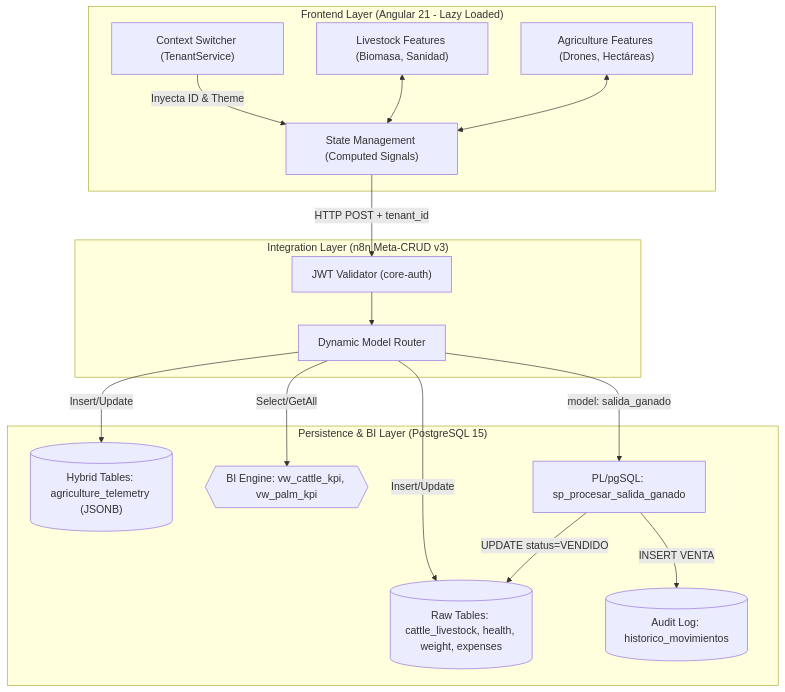
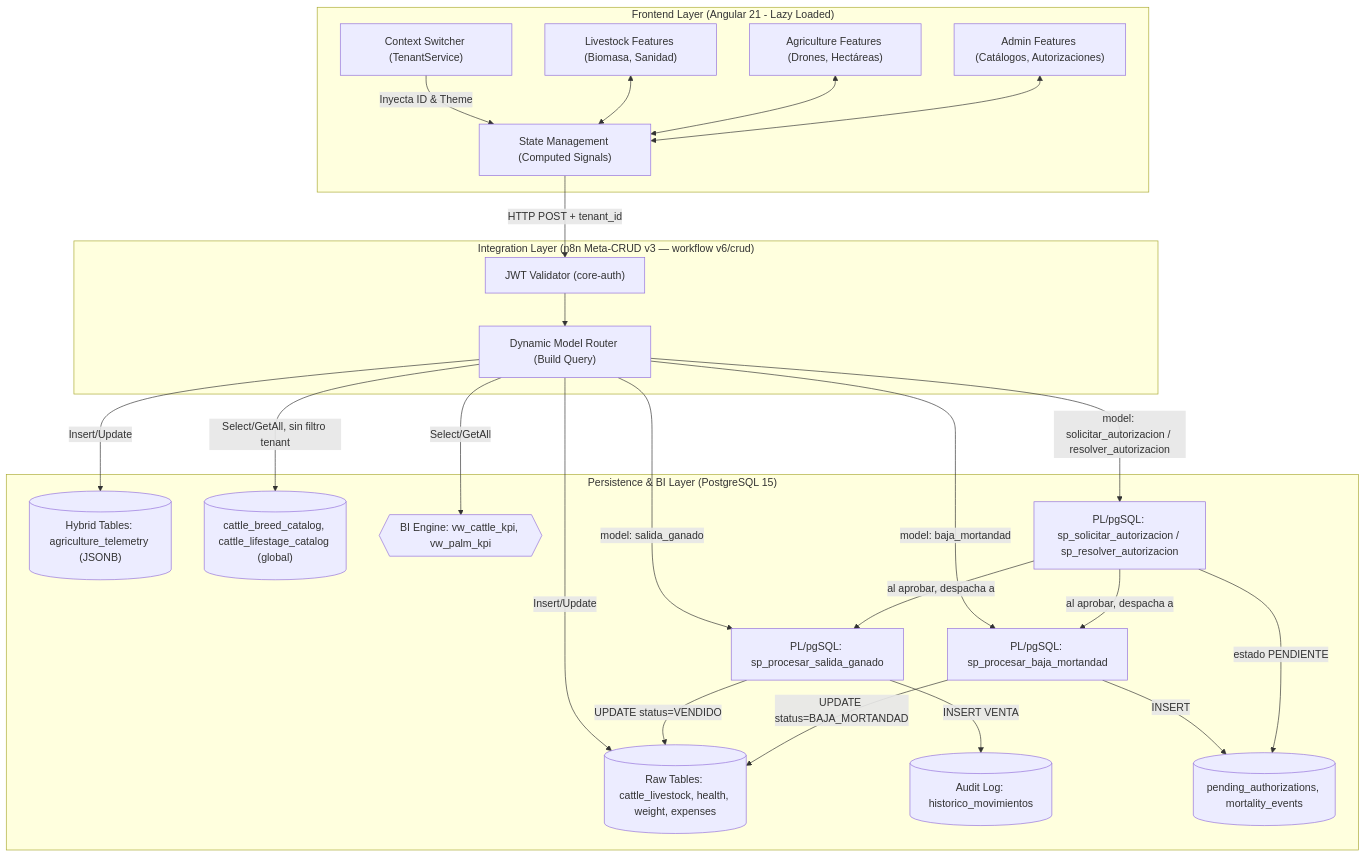
Before and after one commit to fjpimienta/n8n-enterprise-automation-suite: the diagram in hosting3m-workspace/projects/agro-erp/docs/ARCHITECTURE.md, drawn with Mermaid. The commit also changed other lines of this file and 3 other files, not shown here.

````diff
--- a/hosting3m-workspace/projects/agro-erp/docs/ARCHITECTURE.md
+++ b/hosting3m-workspace/projects/agro-erp/docs/ARCHITECTURE.md
@@ -57,37 +61,51 @@
 ```mermaid
 graph TD
     subgraph "Frontend Layer (Angular 21 - Lazy Loaded)"
         CS["Context Switcher (TenantService)"]
         UI_Cattle["Livestock Features (Biomasa, Sanidad)"]
         UI_Palm["Agriculture Features (Drones, Hectáreas)"]
+        UI_Admin["Admin Features (Catálogos, Autorizaciones)"]
         Signals["State Management (Computed Signals)"]
-        
+
         CS -->|Inyecta ID & Theme| Signals
         UI_Cattle <--> Signals
         UI_Palm <--> Signals
+        UI_Admin <--> Signals
     end
 
-    subgraph "Integration Layer (n8n Meta-CRUD v3)"
+    subgraph "Integration Layer (n8n Meta-CRUD v3 — workflow v6/crud)"
         Auth["JWT Validator (core-auth)"]
-        Router["Dynamic Model Router"]
-        
+        Router["Dynamic Model Router (Build Query)"]
+
         Signals -->|HTTP POST + tenant_id| Auth
         Auth --> Router
     end
-    
+
     subgraph "Persistence & BI Layer (PostgreSQL 15)"
         Table_Cattle[("Raw Tables: cattle_livestock, health, weight, expenses")]
         Table_Historico[("Audit Log: historico_movimientos")]
         Table_Palm[("Hybrid Tables: agriculture_telemetry (JSONB)")]
+        Table_Auth[("pending_authorizations, mortality_events")]
+        Table_Catalog[("cattle_breed_catalog, cattle_lifestage_catalog (global)")]
         View_BI{{"BI Engine: vw_cattle_kpi, vw_palm_kpi"}}
         SP_Salida["PL/pgSQL: sp_procesar_salida_ganado"]
-        
+        SP_Mortandad["PL/pgSQL: sp_procesar_baja_mortandad"]
+        SP_Auth["PL/pgSQL: sp_solicitar_autorizacion / sp_resolver_autorizacion"]
+
         Router -->|Insert/Update| Table_Cattle
         Router -->|Insert/Update| Table_Palm
+        Router -->|Select/GetAll, sin filtro tenant| Table_Catalog
         Router -->|Select/GetAll| View_BI
         Router -->|model: salida_ganado| SP_Salida
+        Router -->|model: baja_mortandad| SP_Mortandad
+        Router -->|model: solicitar_autorizacion / resolver_autorizacion| SP_Auth
         SP_Salida -->|UPDATE status=VENDIDO| Table_Cattle
         SP_Salida -->|INSERT VENTA| Table_Historico
+        SP_Mortandad -->|UPDATE status=BAJA_MORTANDAD| Table_Cattle
+        SP_Mortandad -->|INSERT| Table_Auth
+        SP_Auth -->|estado PENDIENTE| Table_Auth
+        SP_Auth -->|al aprobar, despacha a| SP_Salida
+        SP_Auth -->|al aprobar, despacha a| SP_Mortandad
     end
 
 ```
````
